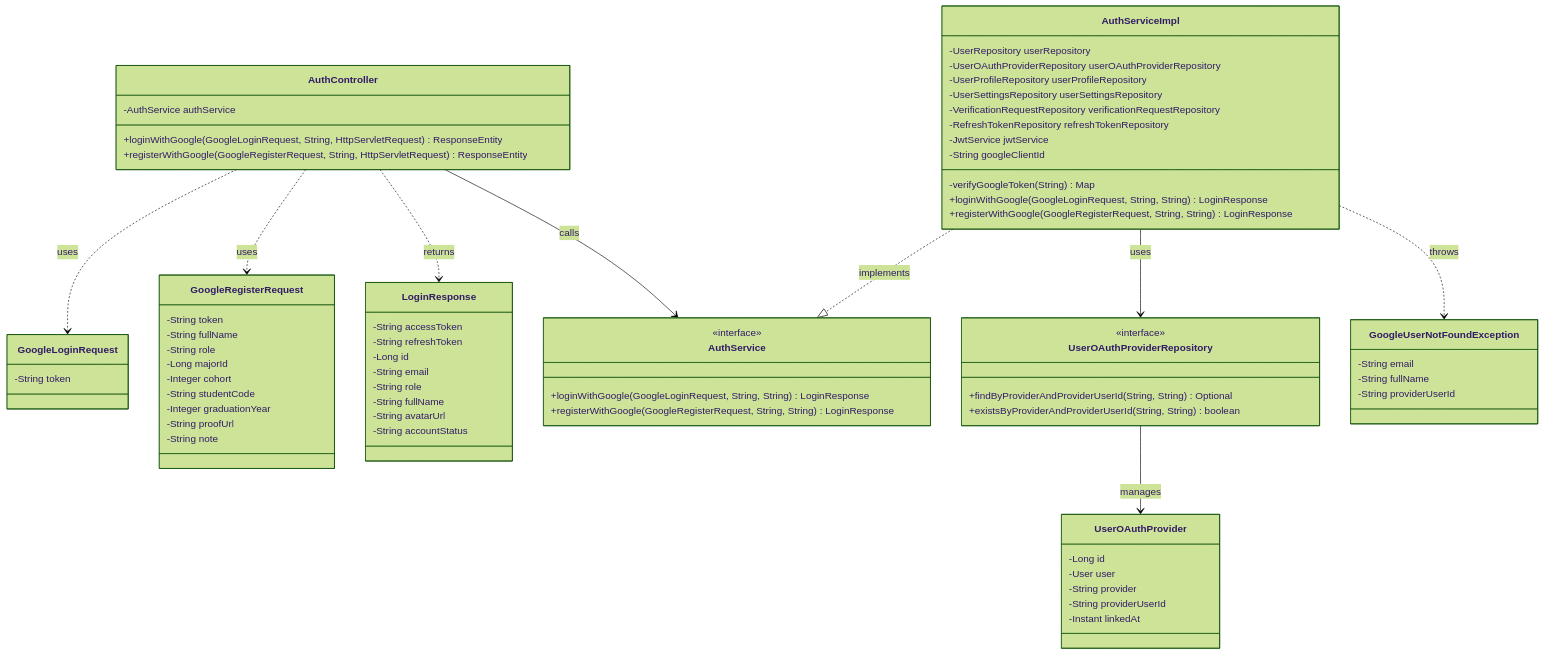
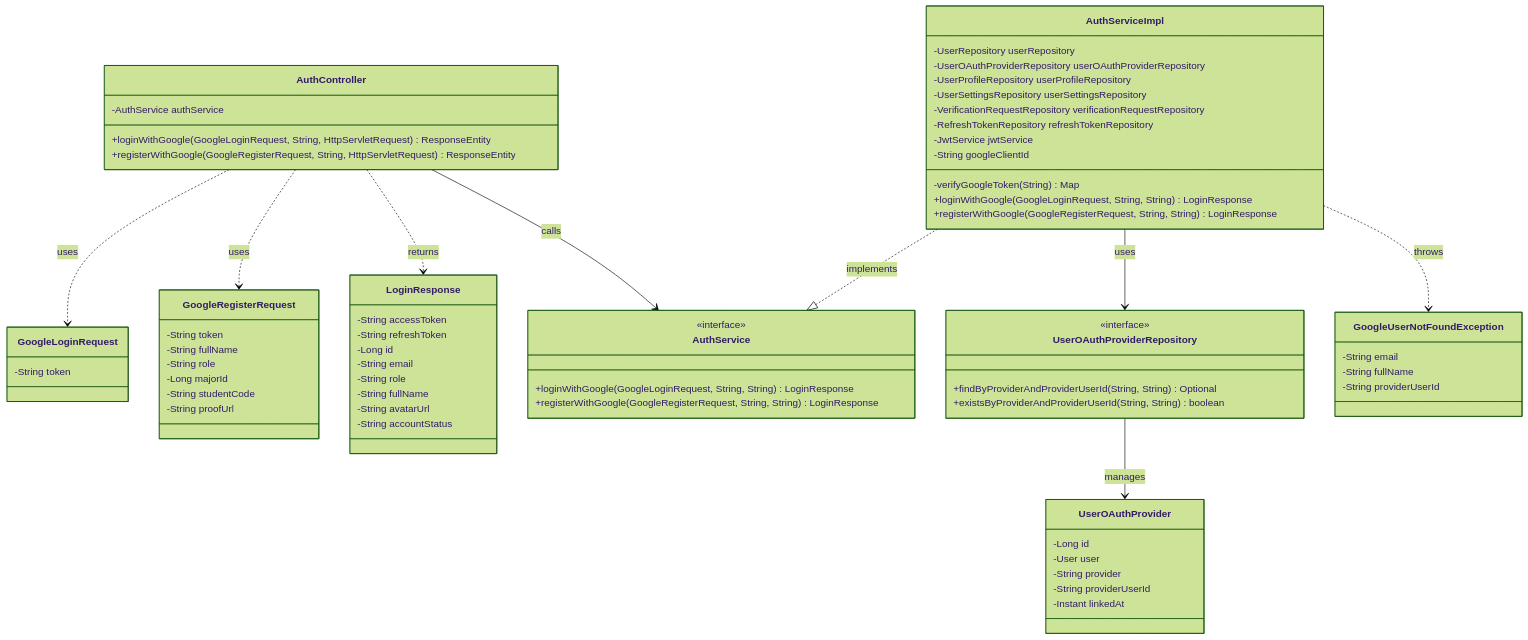
The second of 3 diagrams in docs/update_SRS/SRS_UC_03_OAuthLogin.md (Alumnect/Alumnect), drawn with Mermaid (forest theme) before and after one commit. The commit also changed other lines of this file and 75 other files, not shown here.

```diff
--- a/docs/update_SRS/SRS_UC_03_OAuthLogin.md
+++ b/docs/update_SRS/SRS_UC_03_OAuthLogin.md
@@ -141,11 +141,8 @@
         -String fullName
         -String role
         -Long majorId
-        -Integer cohort
         -String studentCode
-        -Integer graduationYear
         -String proofUrl
-        -String note
     }
     
     class LoginResponse {
```
